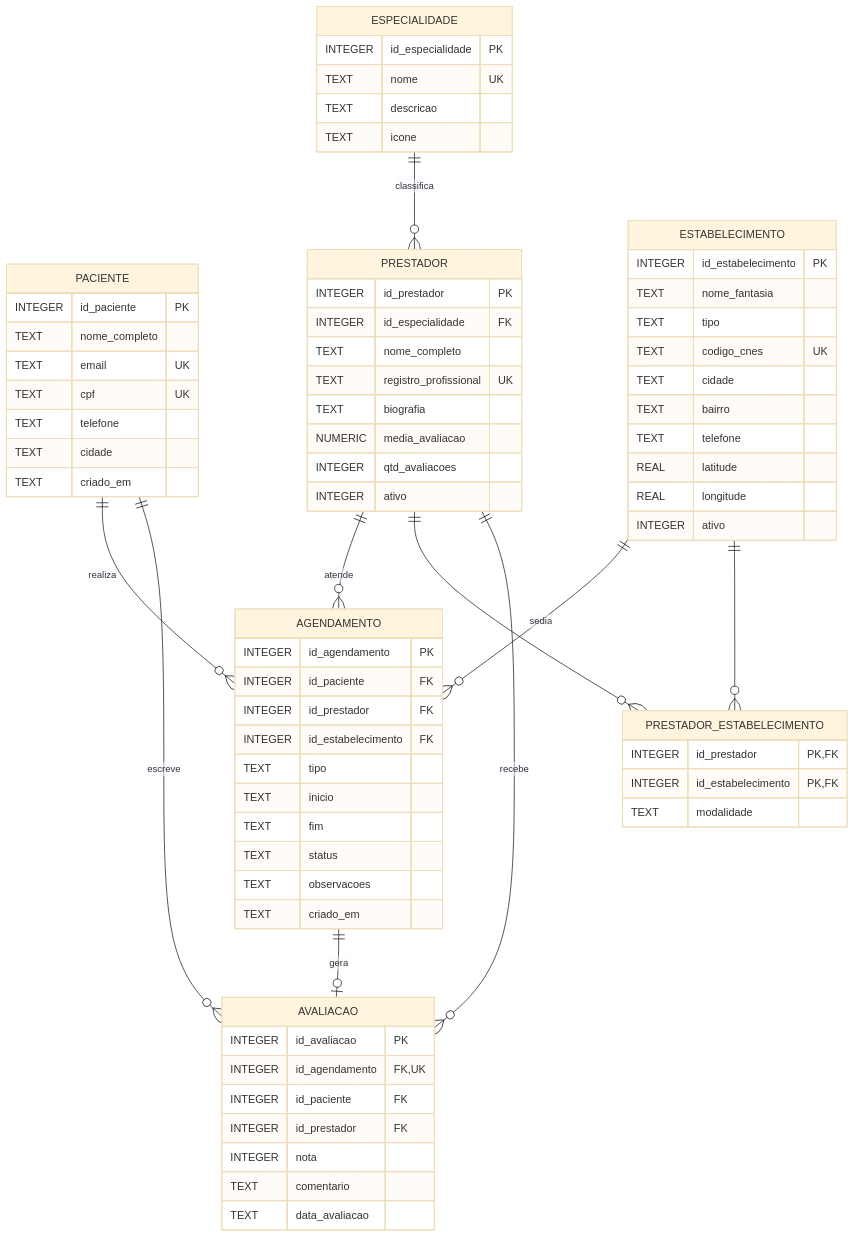
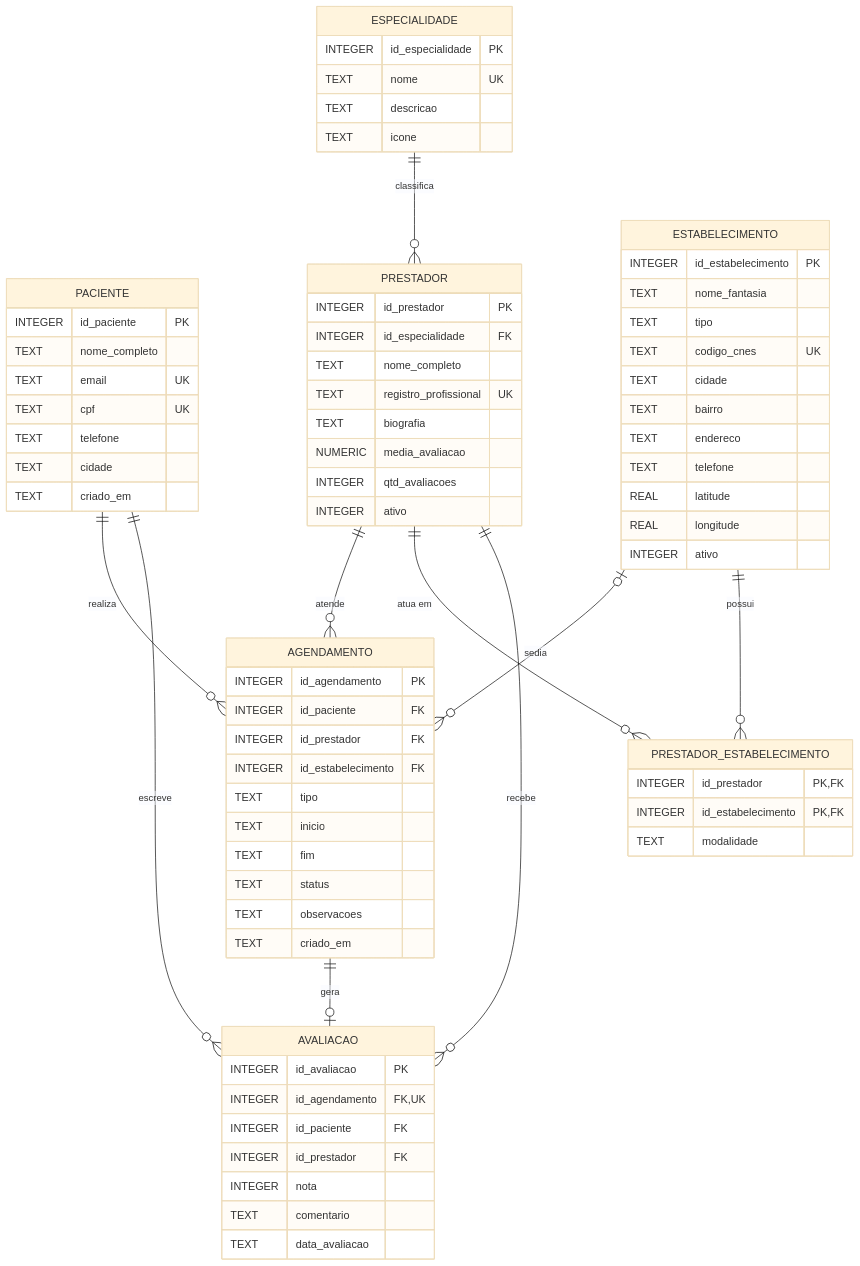
Before and after one commit to Andriele-Rodrigues/saudeMaisSerraApp: the diagram in projeto-integrador-vi-b/docs/02-modelo-er.md, drawn with Mermaid (base theme). The commit also changed other lines of this file, not shown here.

Commit message:
docs: revisa modelo ER e regras de integridade

````diff
--- a/projeto-integrador-vi-b/docs/02-modelo-er.md
+++ b/projeto-integrador-vi-b/docs/02-modelo-er.md
@@ -13,76 +15,77 @@
 ```mermaid
 erDiagram
     PACIENTE ||--o{ AGENDAMENTO : "realiza"
     PRESTADOR ||--o{ AGENDAMENTO : "atende"
-    ESTABELECIMENTO ||--o{ AGENDAMENTO : "sedia"
+    ESTABELECIMENTO |o--o{ AGENDAMENTO : "sedia"
     ESPECIALIDADE ||--o{ PRESTADOR : "classifica"
-    PRESTADOR ||--o{ PRESTADOR_ESTABELECIMENTO : ""
-    ESTABELECIMENTO ||--o{ PRESTADOR_ESTABELECIMENTO : ""
+    PRESTADOR ||--o{ PRESTADOR_ESTABELECIMENTO : "atua em"
+    ESTABELECIMENTO ||--o{ PRESTADOR_ESTABELECIMENTO : "possui"
     AGENDAMENTO ||--o| AVALIACAO : "gera"
     PACIENTE ||--o{ AVALIACAO : "escreve"
     PRESTADOR ||--o{ AVALIACAO : "recebe"
 
     PACIENTE {
         INTEGER id_paciente PK
         TEXT nome_completo
         TEXT email UK
         TEXT cpf UK
         TEXT telefone
         TEXT cidade
         TEXT criado_em
     }
     ESPECIALIDADE {
         INTEGER id_especialidade PK
         TEXT nome UK
         TEXT descricao
         TEXT icone
     }
     ESTABELECIMENTO {
         INTEGER id_estabelecimento PK
         TEXT nome_fantasia
         TEXT tipo
         TEXT codigo_cnes UK
         TEXT cidade
         TEXT bairro
+        TEXT endereco
         TEXT telefone
         REAL latitude
         REAL longitude
         INTEGER ativo
     }
     PRESTADOR {
         INTEGER id_prestador PK
         INTEGER id_especialidade FK
         TEXT nome_completo
         TEXT registro_profissional UK
         TEXT biografia
         NUMERIC media_avaliacao
         INTEGER qtd_avaliacoes
         INTEGER ativo
     }
     PRESTADOR_ESTABELECIMENTO {
         INTEGER id_prestador PK,FK
         INTEGER id_estabelecimento PK,FK
         TEXT modalidade
     }
     AGENDAMENTO {
         INTEGER id_agendamento PK
         INTEGER id_paciente FK
         INTEGER id_prestador FK
         INTEGER id_estabelecimento FK
         TEXT tipo
         TEXT inicio
         TEXT fim
         TEXT status
         TEXT observacoes
         TEXT criado_em
     }
     AVALIACAO {
         INTEGER id_avaliacao PK
         INTEGER id_agendamento FK,UK
         INTEGER id_paciente FK
         INTEGER id_prestador FK
         INTEGER nota
         TEXT comentario
         TEXT data_avaliacao
     }
 ```
````
